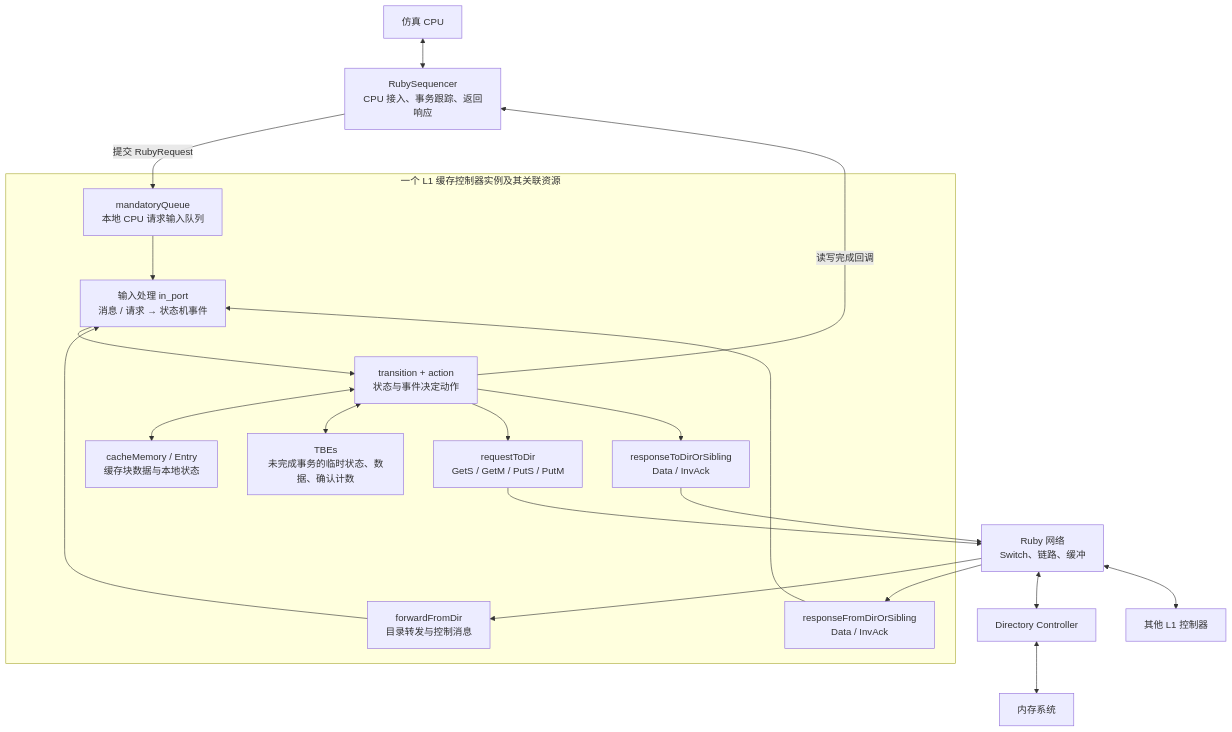
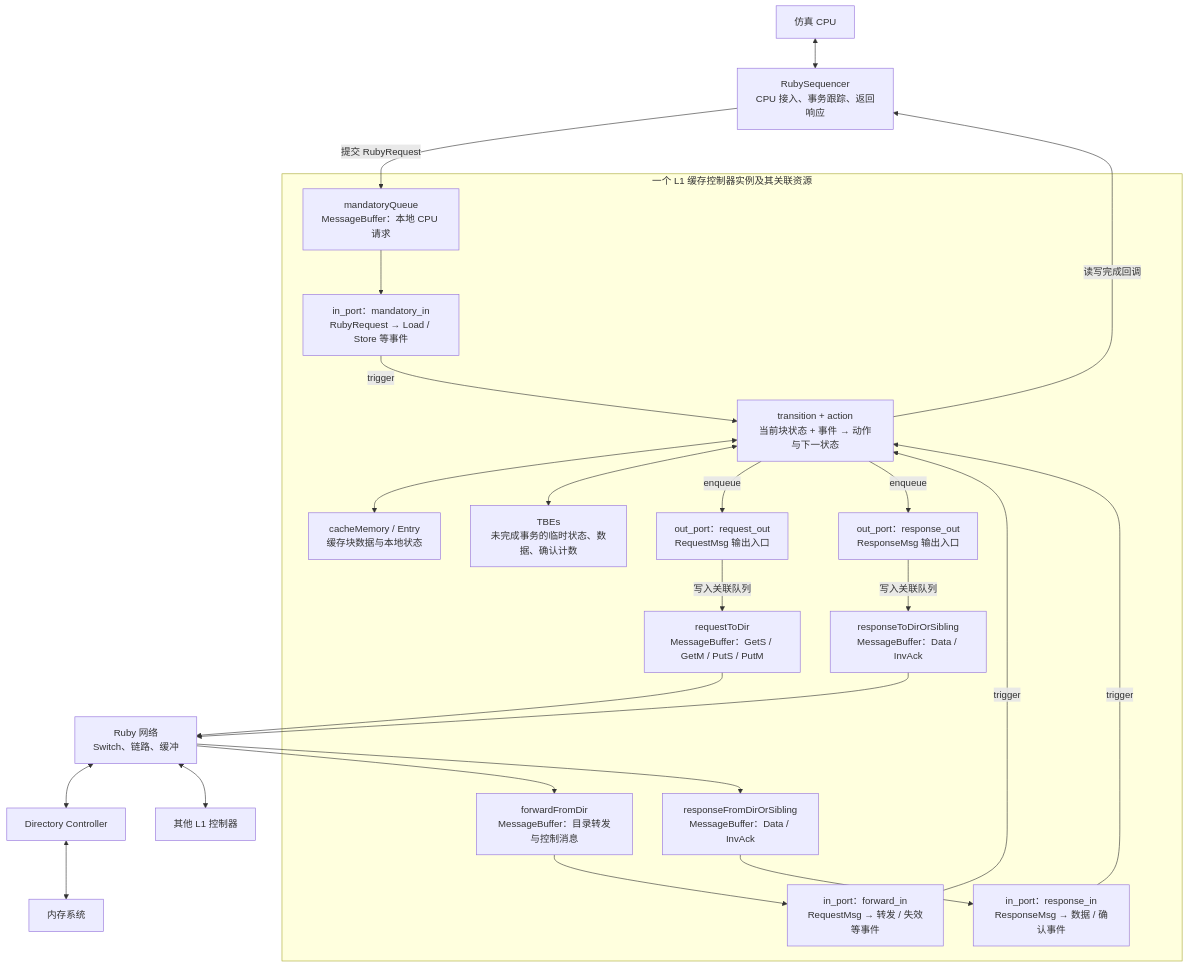
Before and after one commit to xiangguangxin/gem5: the first of 2 diagrams in xgx_notes/learning_gem5/part3/cache_controller.md, drawn with Mermaid. The commit also changed other lines of this file, not shown here.

Commit message:
docs(ruby): clarify cache controller ports and architecture

````diff
--- a/xgx_notes/learning_gem5/part3/cache_controller.md
+++ b/xgx_notes/learning_gem5/part3/cache_controller.md
@@ -10,23 +10,27 @@
 ```mermaid
 flowchart TB
     cpu["仿真 CPU"] <--> seq["RubySequencer<br/>CPU 接入、事务跟踪、返回响应"]
     subgraph local["一个 L1 缓存控制器实例及其关联资源"]
-        mq["mandatoryQueue<br/>本地 CPU 请求输入队列"] --> decode["输入处理 in_port<br/>消息 / 请求 → 状态机事件"]
-        fwd["forwardFromDir<br/>目录转发与控制消息"] --> decode
-        resp["responseFromDirOrSibling<br/>Data / InvAck"] --> decode
-        decode --> sm["transition + action<br/>状态与事件决定动作"]
+        mq["mandatoryQueue<br/>MessageBuffer：本地 CPU 请求"] --> min["in_port：mandatory_in<br/>RubyRequest → Load / Store 等事件"]
+        fwd["forwardFromDir<br/>MessageBuffer：目录转发与控制消息"] --> fin["in_port：forward_in<br/>RequestMsg → 转发 / 失效等事件"]
+        resp["responseFromDirOrSibling<br/>MessageBuffer：Data / InvAck"] --> rin["in_port：response_in<br/>ResponseMsg → 数据 / 确认事件"]
+        min -->|"trigger"| sm["transition + action<br/>当前块状态 + 事件 → 动作与下一状态"]
+        fin -->|"trigger"| sm
+        rin -->|"trigger"| sm
         sm <--> cache["cacheMemory / Entry<br/>缓存块数据与本地状态"]
         sm <--> tbe["TBEs<br/>未完成事务的临时状态、数据、确认计数"]
-        sm --> reqout["requestToDir<br/>GetS / GetM / PutS / PutM"]
-        sm --> respout["responseToDirOrSibling<br/>Data / InvAck"]
+        sm -->|"enqueue"| reqport["out_port：request_out<br/>RequestMsg 输出入口"]
+        sm -->|"enqueue"| respport["out_port：response_out<br/>ResponseMsg 输出入口"]
+        reqport -->|"写入关联队列"| reqout["requestToDir<br/>MessageBuffer：GetS / GetM / PutS / PutM"]
+        respport -->|"写入关联队列"| respout["responseToDirOrSibling<br/>MessageBuffer：Data / InvAck"]
     end
     seq -->|"提交 RubyRequest"| mq
     sm -->|"读写完成回调"| seq
     net["Ruby 网络<br/>Switch、链路、缓冲"] --> fwd
     net --> resp
     reqout --> net
     respout --> net
     net <--> dir["Directory Controller"]
     net <--> peer["其他 L1 控制器"]
     dir <--> mem["内存系统"]
 ```
````
